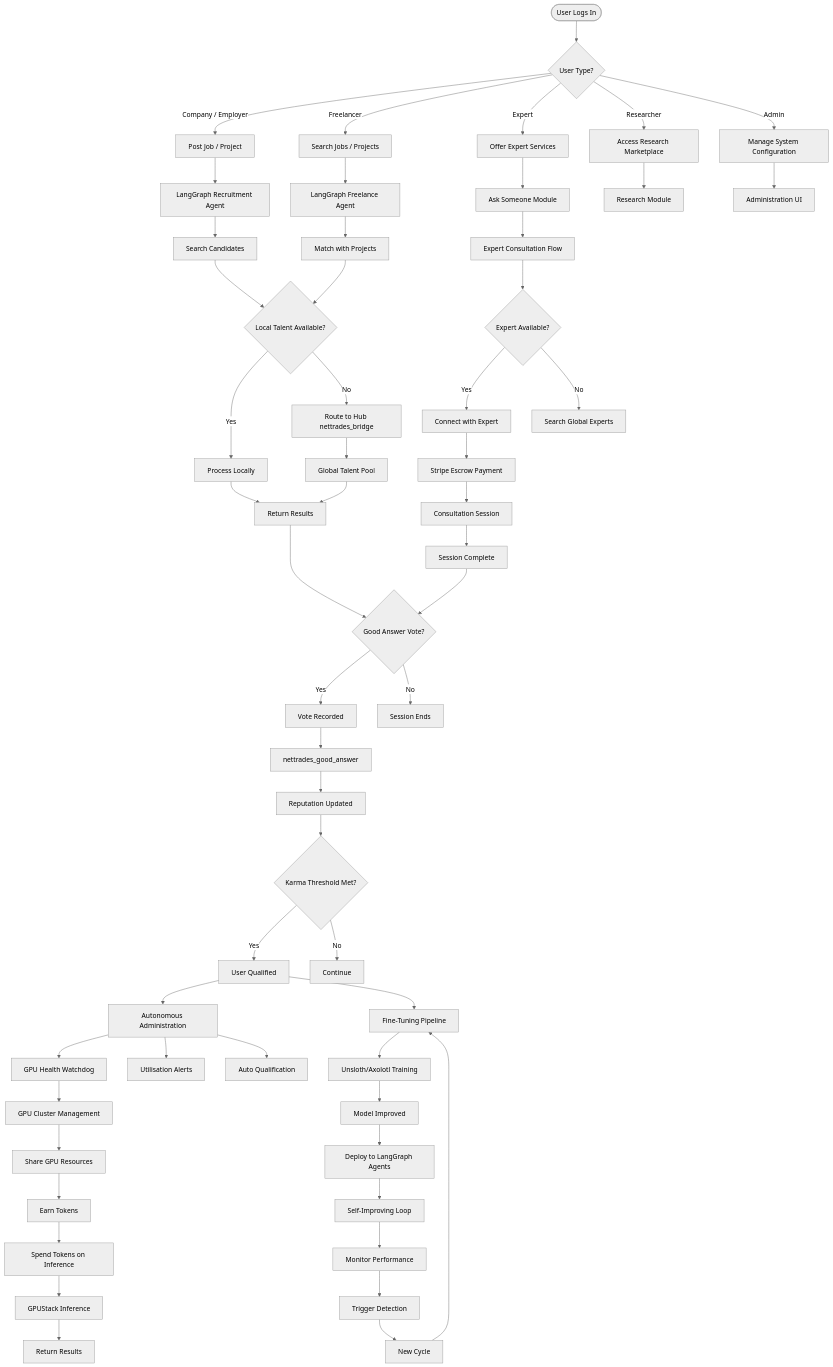
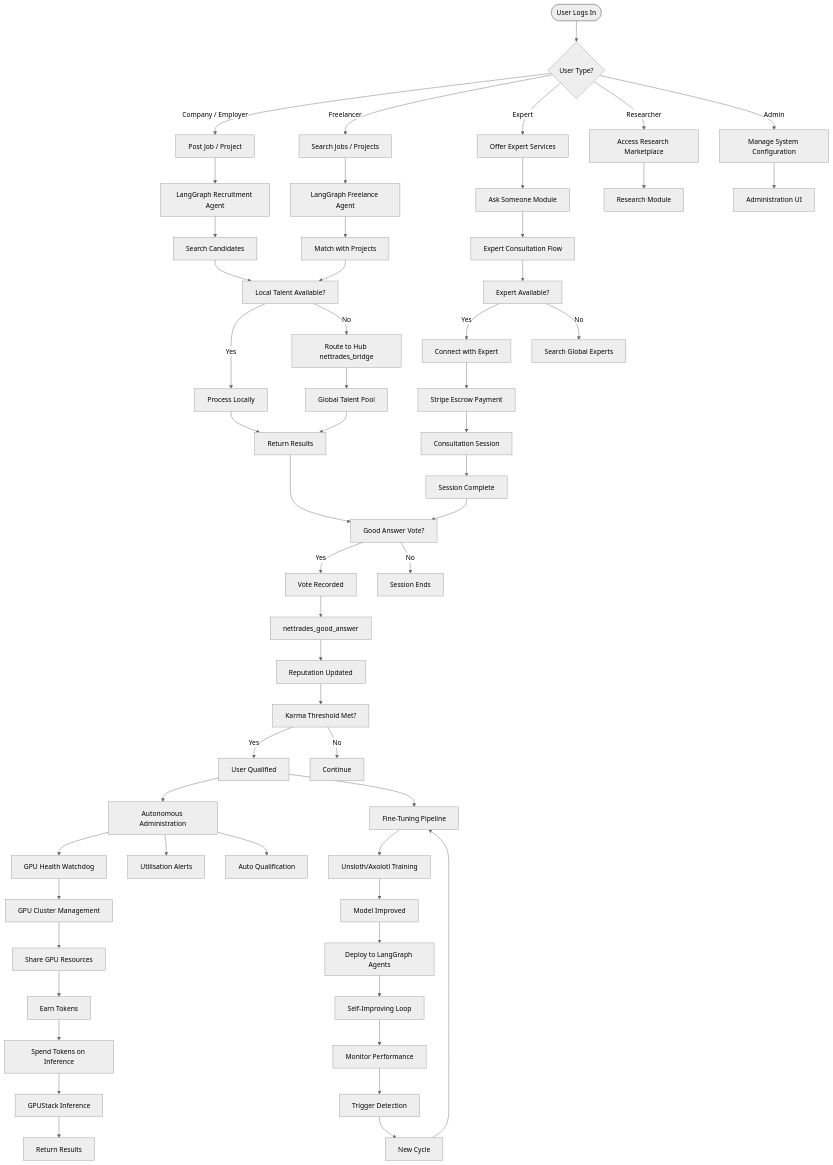
One commit to nettrades/nettrades-platform changed the eighth of 16 diagrams in README.md. Above: the diagram before and after it, drawn with Mermaid (neutral theme).

Commit message:
fixed formatting issues

````diff
--- a/README.md
+++ b/README.md
@@ -747,73 +747,73 @@
 ```mermaid
 graph TD
     START([User Logs In]) --> A{User Type?}
 
     A -->|Company / Employer| B[Post Job / Project]
     A -->|Freelancer| C[Search Jobs / Projects]
     A -->|Expert| D[Offer Expert Services]
     A -->|Researcher| E[Access Research Marketplace]
     A -->|Admin| F[Manage System Configuration]
 
     B --> G[LangGraph Recruitment Agent]
     C --> H[LangGraph Freelance Agent]
     D --> I[Ask Someone Module]
     E --> J[Research Module]
     F --> K[Administration UI]
 
     G --> L[Search Candidates]
     H --> M[Match with Projects]
     I --> N[Expert Consultation Flow]
 
-    L --> O{Local Talent Available?}
+    L --> O[Local Talent Available?]
     M --> O
-    N --> P{Expert Available?}
+    N --> P[Expert Available?]
 
     O -->|Yes| Q[Process Locally]
     O -->|No| R[Route to Hub nettrades_bridge]
 
     P -->|Yes| S[Connect with Expert]
     P -->|No| T[Search Global Experts]
 
     S --> U[Stripe Escrow Payment]
     U --> V[Consultation Session]
     V --> W[Session Complete]
 
     Q --> X[Return Results]
     R --> Y[Global Talent Pool]
     Y --> X
 
-    W --> Z{Good Answer Vote?}
+    W --> Z[Good Answer Vote?]
     X --> Z
     Z -->|Yes| AA[Vote Recorded]
     Z -->|No| AB[Session Ends]
 
     AA --> AC[nettrades_good_answer]
     AC --> AD[Reputation Updated]
-    AD --> AE{Karma Threshold Met?}
+    AD --> AE[Karma Threshold Met?]
     AE -->|Yes| AF[User Qualified]
     AE -->|No| AG[Continue]
 
     AF --> AH[Autonomous Administration]
     AH --> AI[GPU Health Watchdog]
     AH --> AJ[Utilisation Alerts]
     AH --> AK[Auto Qualification]
 
     AI --> AL[GPU Cluster Management]
     AL --> AM[Share GPU Resources]
     AM --> AN[Earn Tokens]
 
     AN --> AO[Spend Tokens on Inference]
     AO --> AP[GPUStack Inference]
     AP --> AQ[Return Results]
 
     AF --> AR[Fine-Tuning Pipeline]
     AR --> AS[Unsloth/Axolotl Training]
     AS --> AT[Model Improved]
     AT --> AU[Deploy to LangGraph Agents]
 
     AU --> AV[Self-Improving Loop]
     AV --> AW[Monitor Performance]
     AW --> AX[Trigger Detection]
     AX --> AY[New Cycle]
     AY --> AR
 ```
````
